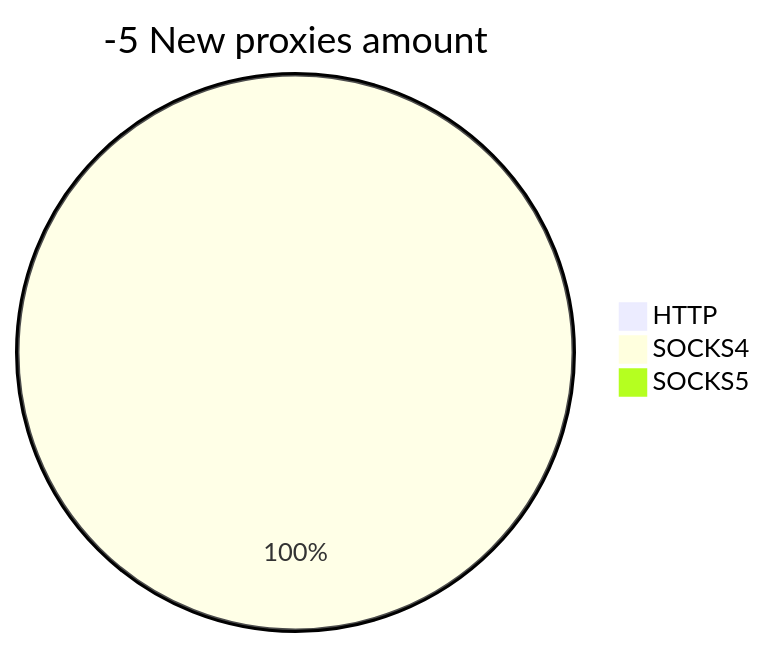
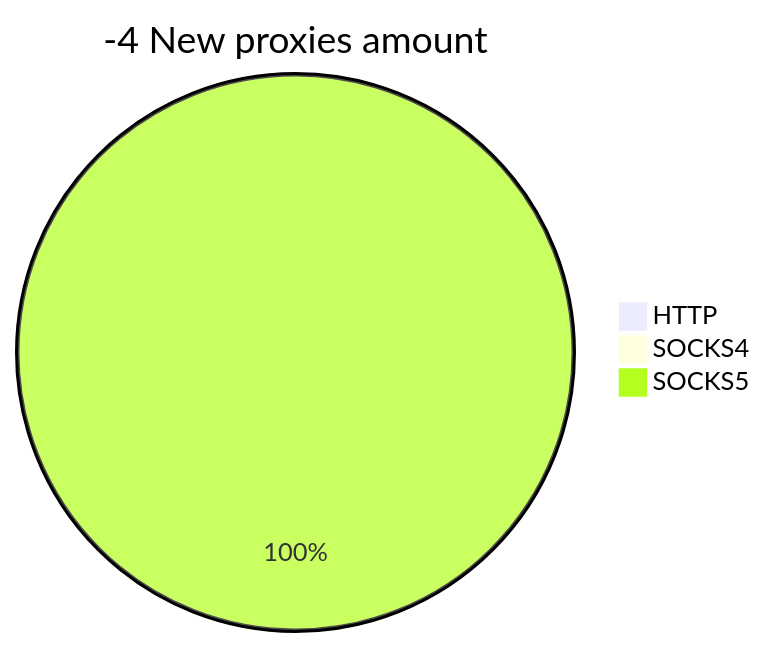
Before and after one commit to cutipu/proxylist: the second of 2 diagrams in README.md, drawn with Mermaid. The commit also changed other lines of this file, not shown here.

````diff
--- a/README.md
+++ b/README.md
@@ -10,6 +10,6 @@
 ```mermaid
-pie title -5 New proxies amount
+pie title -4 New proxies amount
     "HTTP" : 0
-    "SOCKS4" : 5
-    "SOCKS5" : 0
+    "SOCKS4" : 0
+    "SOCKS5" : 2
 ```
````
